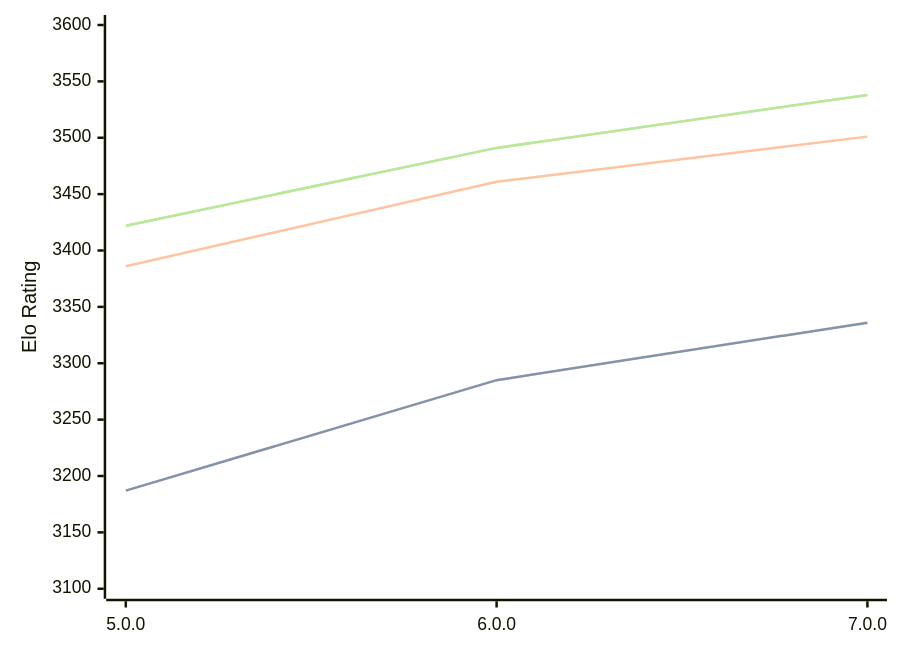
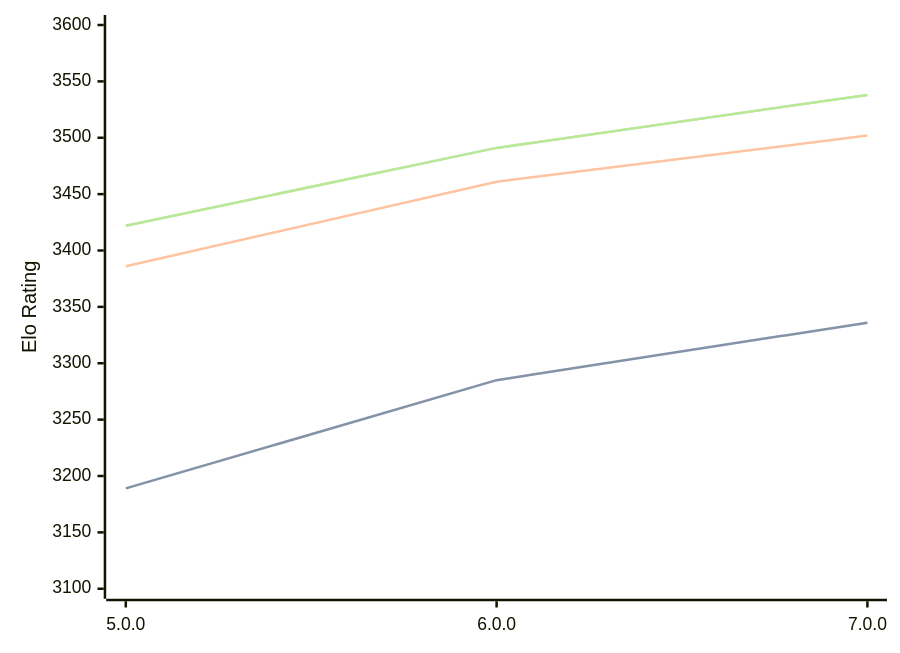
The diagram in engines/Stormphrax.md (computer-chess-index/cci), drawn with Mermaid before and after one commit. The commit also changed other lines of this file, not shown here.

````diff
--- a/engines/Stormphrax.md
+++ b/engines/Stormphrax.md
@@ -38,11 +38,11 @@
 ```mermaid
 %%{init: {"theme":"base","themeVariables":{"seriesColors:['#a3a3a3','#222221','#faa371']}}}%%
 xychart-beta
   x-axis ["5.0.0", "6.0.0", "7.0.0"]
   y-axis "Elo Rating" 3100 --> 3600
-  line "STC (8.0+0.08s)" [3187, 3285, 3336]
-  line "STC (8.0+0.08s)" [3187, 3285, 3336]
-  line "LTC (60.0+0.60s)" [3386, 3461, 3501]
+  line "STC (8.0+0.08s)" [3189, 3285, 3336]
+  line "STC (8.0+0.08s)" [3189, 3285, 3336]
+  line "LTC (60.0+0.60s)" [3386, 3461, 3502]
   line "VLTC (2m24s+1.12s)" [3422, 3491, 3538]
   line "VLTC (2m24s+1.12s)" [3422, 3491, 3538]
 ```
````
